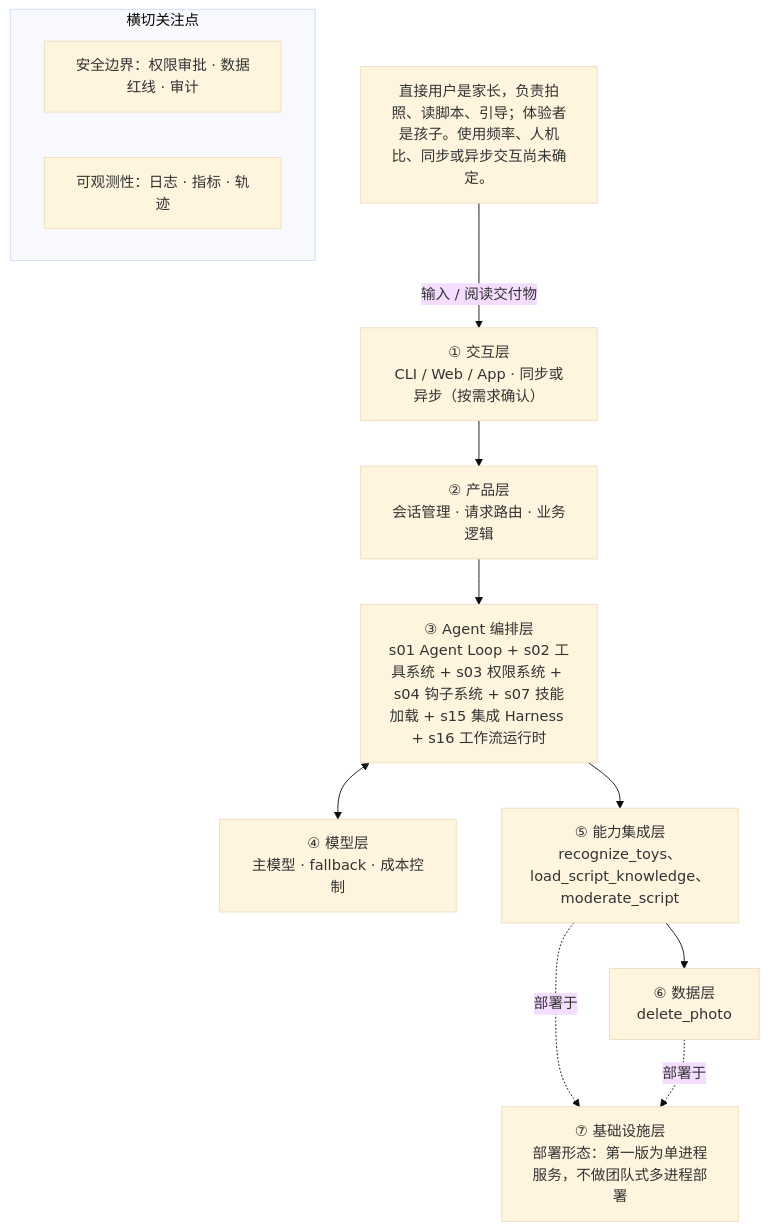
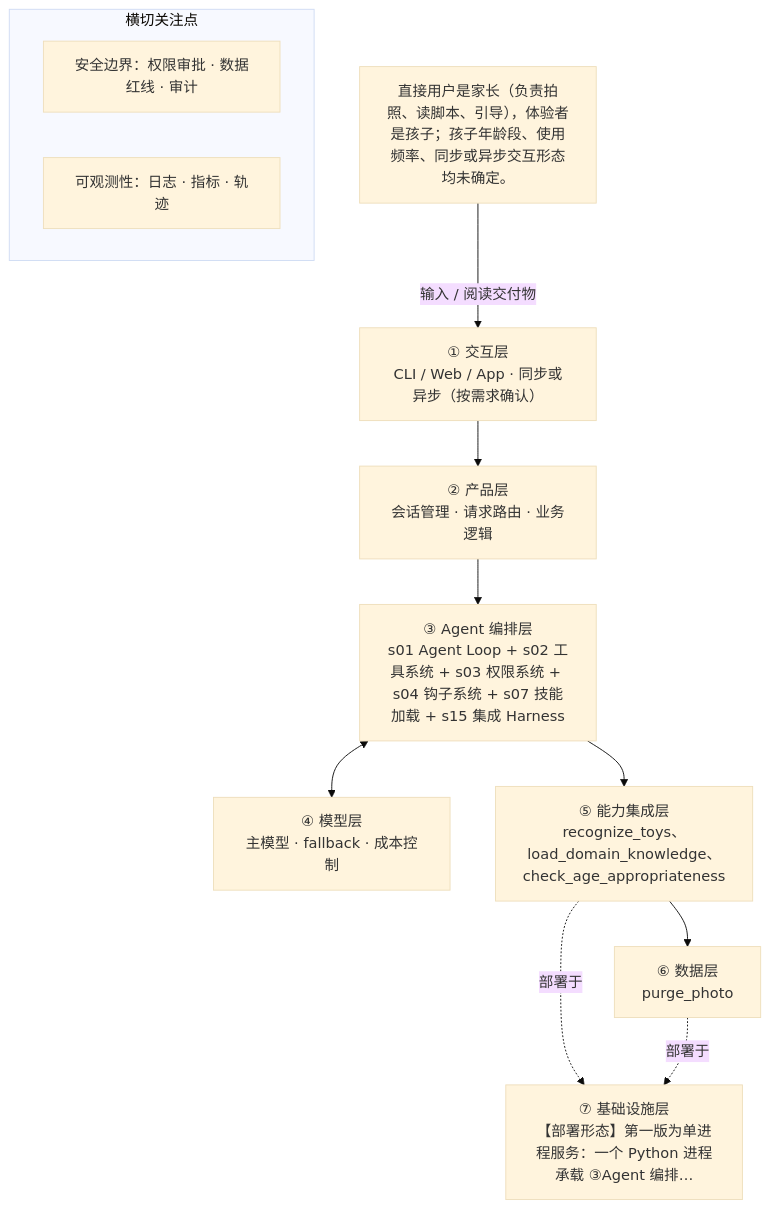
One commit to hubooooooo/agent-blueprint changed the diagram in docs/examples/方案示例-玩具剧场-真实运行.md. Above: the diagram before and after it, drawn with Mermaid (base theme). The commit also changed other lines of this file and 29 other files, not shown here.

````diff
--- a/docs/examples/方案示例-玩具剧场-真实运行.md
+++ b/docs/examples/方案示例-玩具剧场-真实运行.md
@@ -104,22 +103,22 @@
 ```mermaid
 flowchart TD
-    U["直接用户是家长，负责拍照、读脚本、引导；体验者是孩子。使用频率、人机比、同步或异步交互尚未确定。"] -->|输入 / 阅读交付物| L1
+    U["直接用户是家长（负责拍照、读脚本、引导），体验者是孩子；孩子年龄段、使用频率、同步或异步交互形态均未确定。"] -->|输入 / 阅读交付物| L1
     L1["① 交互层<br/>CLI / Web / App · 同步或异步（按需求确认）"]
     L2["② 产品层<br/>会话管理 · 请求路由 · 业务逻辑"]
-    L3["③ Agent 编排层<br/>s01 Agent Loop + s02 工具系统 + s03 权限系统 + s04 钩子系统 + s07 技能加载 + s15 集成 Harness + s16 工作流运行时"]
+    L3["③ Agent 编排层<br/>s01 Agent Loop + s02 工具系统 + s03 权限系统 + s04 钩子系统 + s07 技能加载 + s15 集成 Harness"]
     L4["④ 模型层<br/>主模型 · fallback · 成本控制"]
-    L5["⑤ 能力集成层<br/>recognize_toys、load_script_knowledge、moderate_script"]
-    L6["⑥ 数据层<br/>delete_photo"]
-    L7["⑦ 基础设施层<br/>部署形态：第一版为单进程服务，不做团队式多进程部署"]
+    L5["⑤ 能力集成层<br/>recognize_toys、load_domain_knowledge、check_age_appropriateness"]
+    L6["⑥ 数据层<br/>purge_photo"]
+    L7["⑦ 基础设施层<br/>【部署形态】第一版为单进程服务：一个 Python 进程承载 ③Agent 编排…"]
     L1 --> L2
     L2 --> L3
     L3 <--> L4
     L3 --> L5
     L5 --> L6
     L5 -.->|部署于| L7
     L6 -.->|部署于| L7
     subgraph 横切关注点
         SEC["安全边界：权限审批 · 数据红线 · 审计"]
         OBS["可观测性：日志 · 指标 · 轨迹"]
     end
 ```
````
